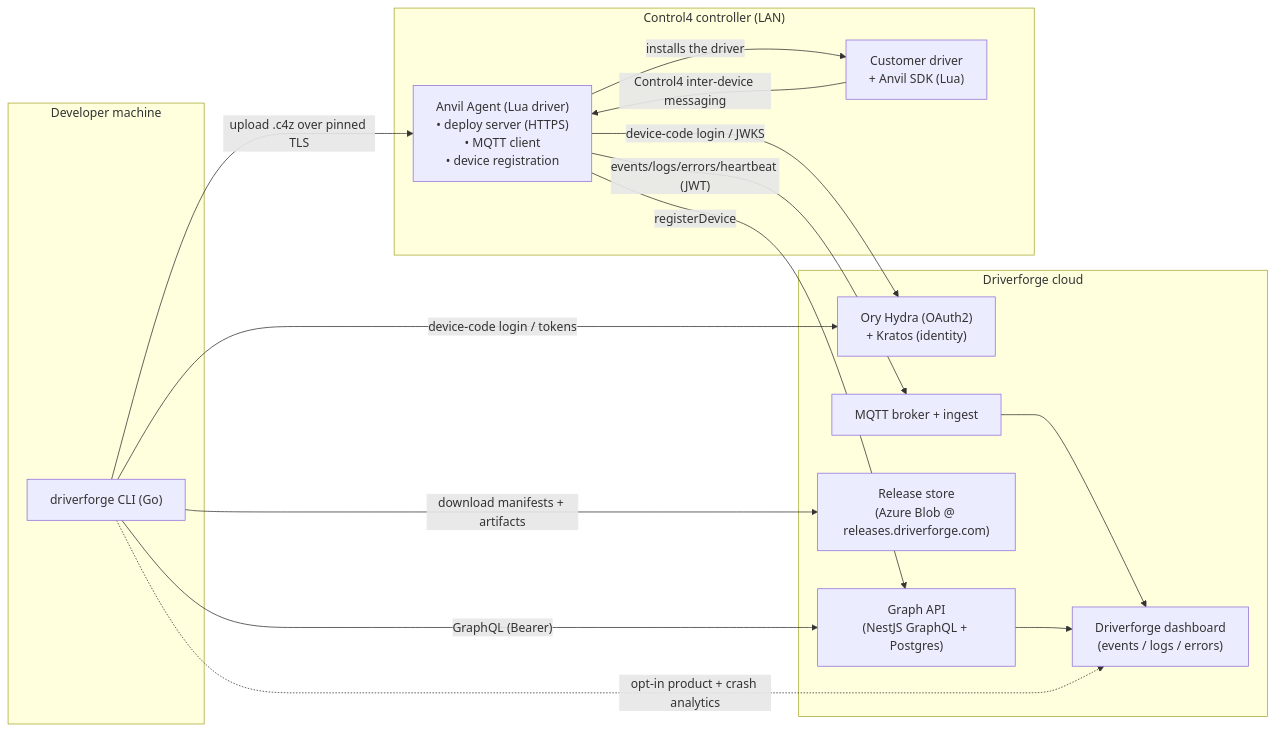
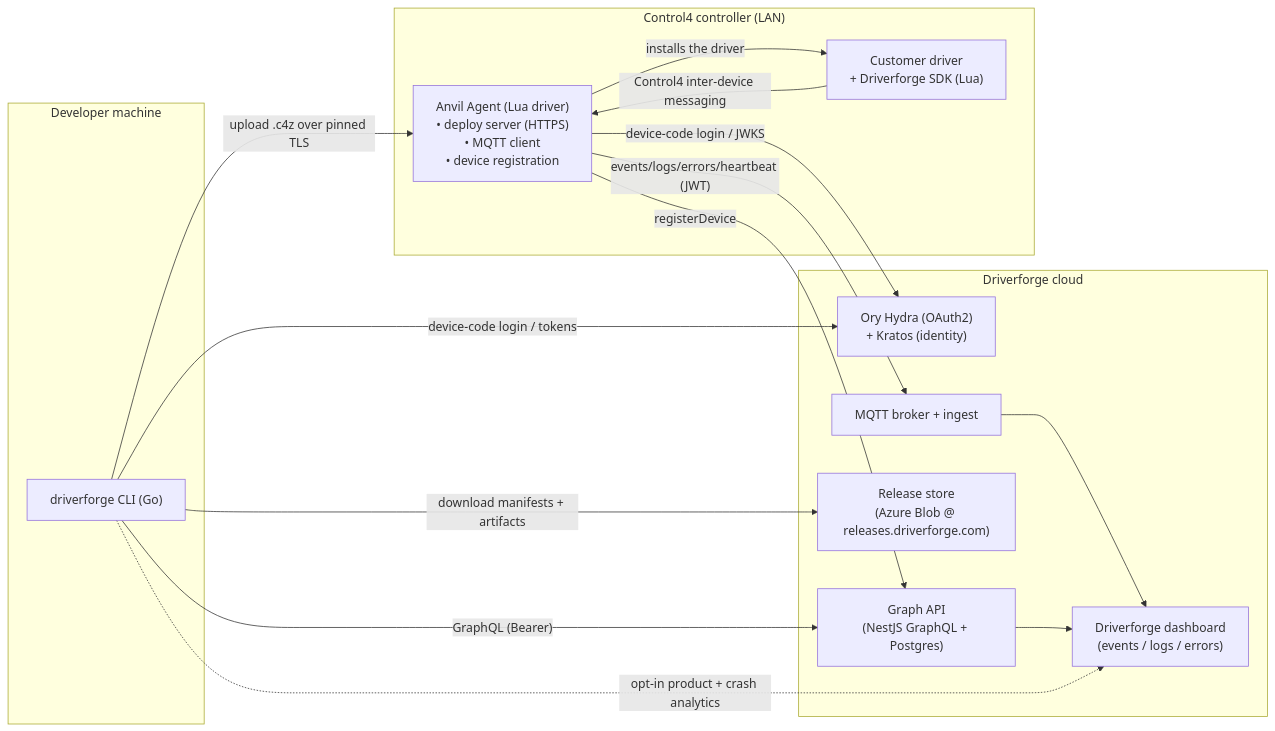
One commit to driverforge/cli changed the first of 5 diagrams in docs/architecture.md. Above: the diagram before and after it, drawn with Mermaid. The commit also changed other lines of this file and 23 other files, not shown here.

````diff
--- a/docs/architecture.md
+++ b/docs/architecture.md
@@ -29,35 +29,35 @@
 ```mermaid
 flowchart LR
   subgraph Dev["Developer machine"]
     CLI["driverforge CLI (Go)"]
   end
 
   subgraph Cloud["Driverforge cloud"]
     IDP["Ory Hydra (OAuth2)\n+ Kratos (identity)"]
     GRAPH["Graph API\n(NestJS GraphQL + Postgres)"]
     REL["Release store\n(Azure Blob @ releases.driverforge.com)"]
     MQTT["MQTT broker + ingest"]
     OBS["Driverforge dashboard\n(events / logs / errors)"]
   end
 
   subgraph Controller["Control4 controller (LAN)"]
     AGENT["Anvil Agent (Lua driver)\n• deploy server (HTTPS)\n• MQTT client\n• device registration"]
-    DRV["Customer driver\n+ Anvil SDK (Lua)"]
+    DRV["Customer driver\n+ Driverforge SDK (Lua)"]
   end
 
   CLI -- "device-code login / tokens" --> IDP
   CLI -- "GraphQL (Bearer)" --> GRAPH
   CLI -- "download manifests + artifacts" --> REL
   CLI -- "upload .c4z over pinned TLS" --> AGENT
 
   AGENT -- "device-code login / JWKS" --> IDP
   AGENT -- "registerDevice" --> GRAPH
   AGENT -- "events/logs/errors/heartbeat (JWT)" --> MQTT
   AGENT -- "installs the driver" --> DRV
 
   DRV -- "Control4 inter-device messaging" --> AGENT
   MQTT --> OBS
   GRAPH --> OBS
 
   CLI -. "opt-in product + crash analytics" .-> OBS
 ```
````
